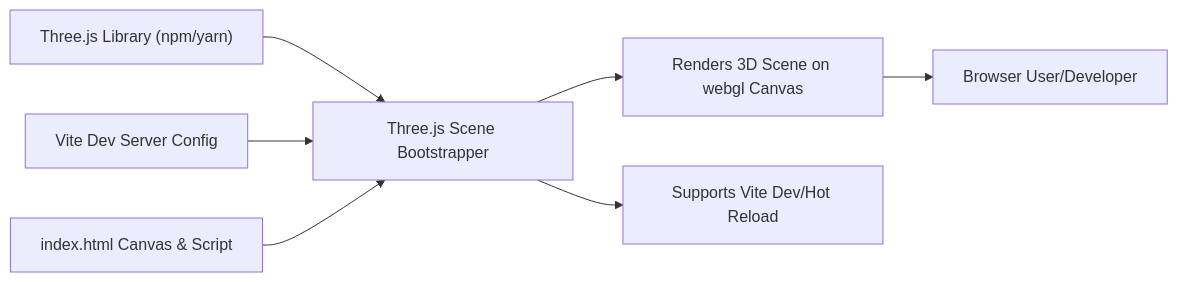
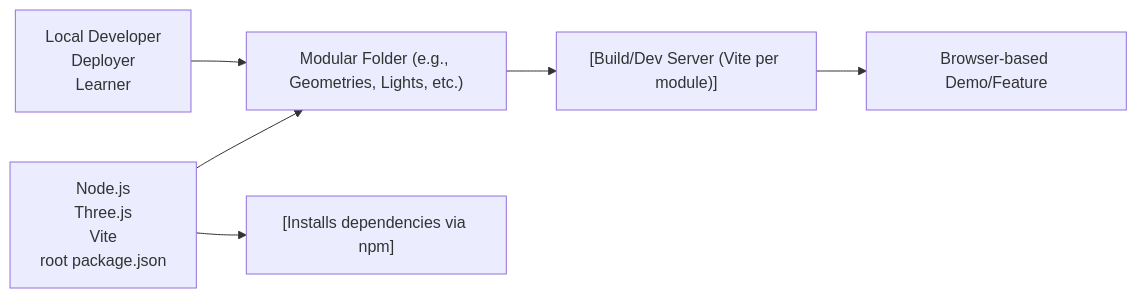
One commit to NicoooM/three-js-test changed the diagram in .shelfya/guide/architecture.md. Above: the diagram before and after it, drawn with Mermaid. The commit also changed other lines of this file and 15 other files, not shown here.

````diff
--- a/.shelfya/guide/architecture.md
+++ b/.shelfya/guide/architecture.md
@@ -63,9 +42,8 @@
 ```mermaid
 flowchart LR
-  threejs["Three.js Library (npm/yarn)"] --> bootstrapper["Three.js Scene Bootstrapper"]
-  vitecfg["Vite Dev Server Config"] --> bootstrapper
-  indexhtml["index.html Canvas & Script"] --> bootstrapper
-  bootstrapper --> renderproc["Renders 3D Scene on webgl Canvas"]
-  bootstrapper --> devreload["Supports Vite Dev/Hot Reload"]
-  renderproc --> userbrowser["Browser User/Developer"]
+  dependencies["Node.js<br>Three.js<br>Vite<br>root package.json"] --> thisModule["Modular Folder (e.g., Geometries, Lights, etc.)"]
+  dependencies --> details["[Installs dependencies via npm]"]
+  thisModule --> process["[Build/Dev Server (Vite per module)]"]
+  usedBy["Local Developer<br>Deployer<br>Learner"] --> thisModule
+  process --> consumers["Browser-based Demo/Feature"]
 ```
````
